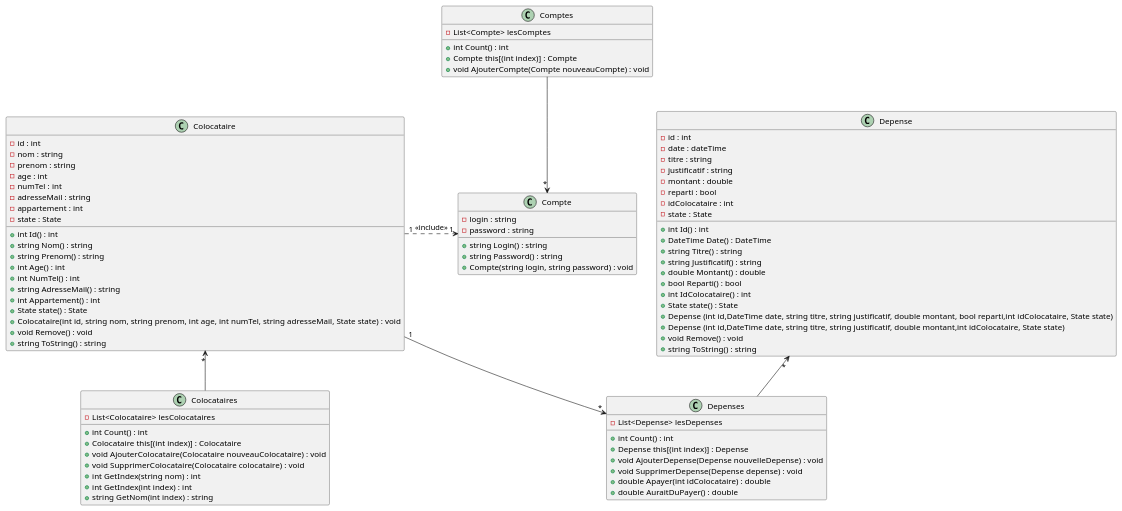
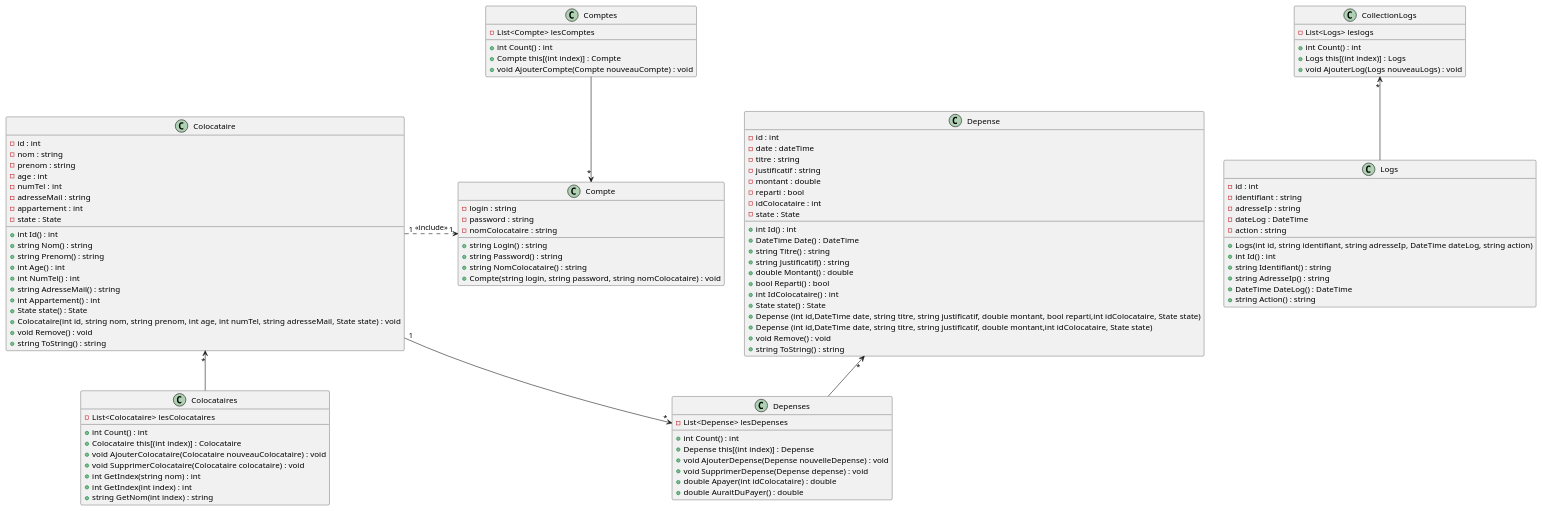
Before and after one commit to MihutaMihail/application_crous: the seventh of 7 diagrams in README.md, drawn with PlantUML. The commit also changed other lines of this file and 4 other files, not shown here.

````diff
--- a/README.md
+++ b/README.md
@@ -385,9 +400,11 @@
 class Compte {
     - login : string
     - password : string
+    - nomColocataire : string
     + string Login() : string
     + string Password() : string
-    + Compte(string login, string password) : void
+    + string NomColocataire() : string
+    + Compte(string login, string password, string nomColocataire) : void
 }
 
 class Comptes {
@@ -397,11 +414,33 @@
     + void AjouterCompte(Compte nouveauCompte) : void
 }
 
+class Logs {
+    - id : int
+    - identifiant : string
+    - adresseIp : string
+    - dateLog : DateTime
+    - action : string
+    + Logs(int id, string identifiant, string adresseIp, DateTime dateLog, string action)
+    + int Id() : int
+    + string Identifiant() : string
+    + string AdresseIp() : string
+    + DateTime DateLog() : DateTime
+    + string Action() : string
+}
+
+class CollectionLogs {
+    - List<Logs> leslogs
+    + int Count() : int
+    + Logs this[(int index)] : Logs
+    + void AjouterLog(Logs nouveauLogs) : void
+}
+
 Colocataire "1" --> "*" Depenses
 Colocataire "*" <-- Colocataires
 Depense "*" <-- Depenses
 Colocataire "1" .> "1" Compte : <<include>>
 Comptes --> "*" Compte
+CollectionLogs "*" <-- Logs
 
 @enduml
 ```
````
